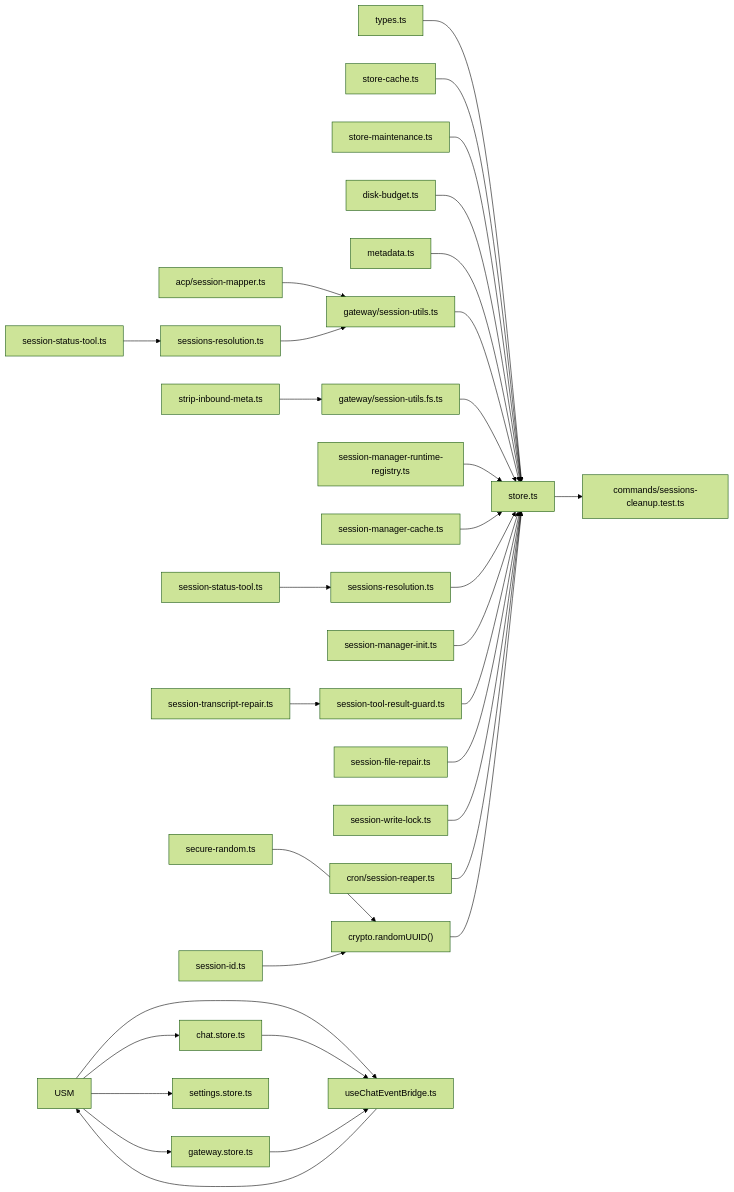
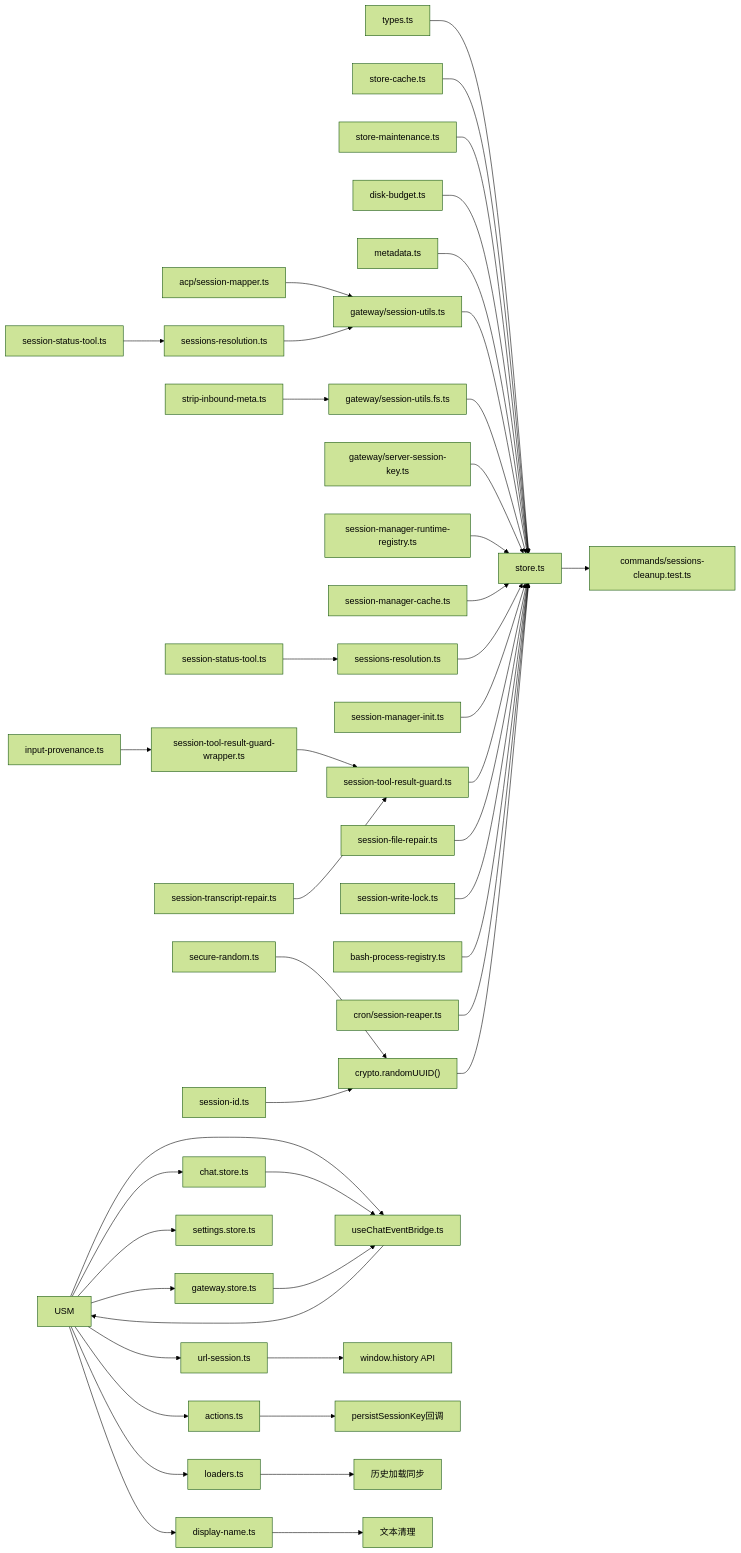
Diagram 20 of 20 in .qoder/repowiki/zh/content/核心概念/会话管理.md (verse-ai-org/openclaw), drawn with Mermaid (forest theme) before and after one commit. The commit also changed other lines of this file and 48 other files, not shown here.

````diff
--- a/.qoder/repowiki/zh/content/核心概念/会话管理.md
+++ b/.qoder/repowiki/zh/content/核心概念/会话管理.md
@@ -929,35 +1152,47 @@
 ```mermaid
 graph LR
 Types["types.ts"] --> Store["store.ts"]
 StoreCache["store-cache.ts"] --> Store
 Maint["store-maintenance.ts"] --> Store
 Disk["disk-budget.ts"] --> Store
 Meta["metadata.ts"] --> Store
 Utils["gateway/session-utils.ts"] --> Store
 GFS["gateway/session-utils.fs.ts"] --> Store
+GSK["gateway/server-session-key.ts"] --> Store
 SIM["strip-inbound-meta.ts"] --> GFS
 R1["session-manager-runtime-registry.ts"] --> Store
 RC["session-manager-cache.ts"] --> Store
 SR["sessions-resolution.ts"] --> Store
 SST["session-status-tool.ts"] --> SR
 SMI["session-manager-init.ts"] --> Store
 SG["session-tool-result-guard.ts"] --> Store
+SGW["session-tool-result-guard-wrapper.ts"] --> SG
+IPS["input-provenance.ts"] --> SGW
 STR["session-transcript-repair.ts"] --> SG
 SFR["session-file-repair.ts"] --> Store
 SWL["session-write-lock.ts"] --> Store
+BPR["bash-process-registry.ts"] --> Store
 Cron["cron/session-reaper.ts"] --> Store
 Crypto["crypto.randomUUID()"] --> Store
 SecureRand["secure-random.ts"] --> Crypto
 SessionId["session-id.ts"] --> Crypto
 ACPM["acp/session-mapper.ts"] --> Utils
 SessRes["sessions-resolution.ts"] --> Utils
 SessTool["session-status-tool.ts"] --> SessRes
 Store --> Tests["commands/sessions-cleanup.test.ts"]
 USM --> ChatStore["chat.store.ts"]
 USM --> GatewayStore["gateway.store.ts"]
 USM --> SettingsStore["settings.store.ts"]
 USM --> ChatEventBridge["useChatEventBridge.ts"]
+USM --> URLSession["url-session.ts"]
+USM --> Actions["actions.ts"]
+USM --> Loaders["loaders.ts"]
+USM --> DisplayName["display-name.ts"]
+URLSession --> BrowserAPI["window.history API"]
+Actions --> PersistCallback["persistSessionKey回调"]
+Loaders --> HistorySync["历史加载同步"]
+DisplayName --> TextClean["文本清理"]
 ChatStore --> ChatEventBridge
 GatewayStore --> ChatEventBridge
 ChatEventBridge --> USM
 ```
````
